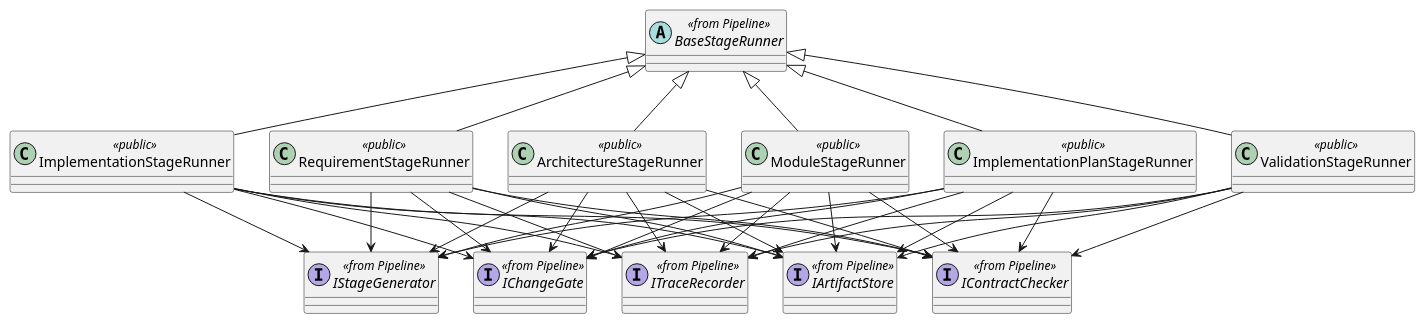
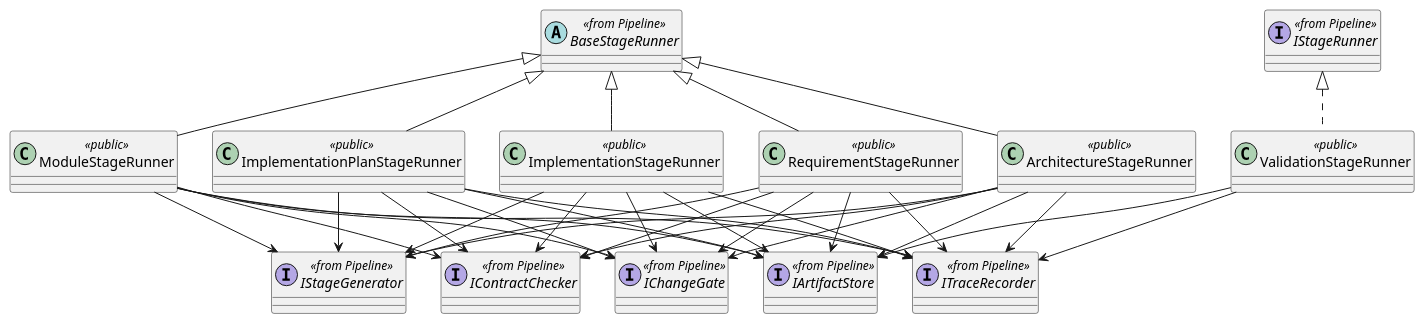
The first of 2 diagrams in meta_layer/docs/design_docs/Workflow/StageRunners.md (lucky-chen/ai_workflow_travel), drawn with PlantUML before and after one commit. The commit also changed other lines of this file and 2 other files, not shown here.

First line of the commit message:
[AI] gpt-5.4: align validation runner design

````diff
--- a/meta_layer/docs/design_docs/Workflow/StageRunners.md
+++ b/meta_layer/docs/design_docs/Workflow/StageRunners.md
@@ -19,58 +19,57 @@
 ```plantuml
 @startuml
 abstract class BaseStageRunner <<from Pipeline>>
 interface IStageGenerator <<from Pipeline>>
 interface IContractChecker <<from Pipeline>>
 interface IChangeGate <<from Pipeline>>
 interface ITraceRecorder <<from Pipeline>>
 interface IArtifactStore <<from Pipeline>>
 
 class RequirementStageRunner <<public>>
 class ArchitectureStageRunner <<public>>
 class ModuleStageRunner <<public>>
 class ImplementationPlanStageRunner <<public>>
 class ImplementationStageRunner <<public>>
 class ValidationStageRunner <<public>>
+interface IStageRunner <<from Pipeline>>
 
 BaseStageRunner <|-- RequirementStageRunner
 BaseStageRunner <|-- ArchitectureStageRunner
 BaseStageRunner <|-- ModuleStageRunner
 BaseStageRunner <|-- ImplementationPlanStageRunner
 BaseStageRunner <|-- ImplementationStageRunner
-BaseStageRunner <|-- ValidationStageRunner
+IStageRunner <|.. ValidationStageRunner
 
 RequirementStageRunner --> IStageGenerator
 ArchitectureStageRunner --> IStageGenerator
 ModuleStageRunner --> IStageGenerator
 ImplementationPlanStageRunner --> IStageGenerator
 ImplementationStageRunner --> IStageGenerator
 
 RequirementStageRunner --> IContractChecker
 ArchitectureStageRunner --> IContractChecker
 ModuleStageRunner --> IContractChecker
 ImplementationPlanStageRunner --> IContractChecker
 ImplementationStageRunner --> IContractChecker
-ValidationStageRunner --> IContractChecker
 
 RequirementStageRunner --> IChangeGate
 ArchitectureStageRunner --> IChangeGate
 ModuleStageRunner --> IChangeGate
 ImplementationPlanStageRunner --> IChangeGate
 ImplementationStageRunner --> IChangeGate
-ValidationStageRunner --> IChangeGate
 
 RequirementStageRunner --> ITraceRecorder
 ArchitectureStageRunner --> ITraceRecorder
 ModuleStageRunner --> ITraceRecorder
 ImplementationPlanStageRunner --> ITraceRecorder
 ImplementationStageRunner --> ITraceRecorder
 ValidationStageRunner --> ITraceRecorder
 
 RequirementStageRunner --> IArtifactStore
 ArchitectureStageRunner --> IArtifactStore
 ModuleStageRunner --> IArtifactStore
 ImplementationPlanStageRunner --> IArtifactStore
 ImplementationStageRunner --> IArtifactStore
 ValidationStageRunner --> IArtifactStore
 @enduml
 ```
````
